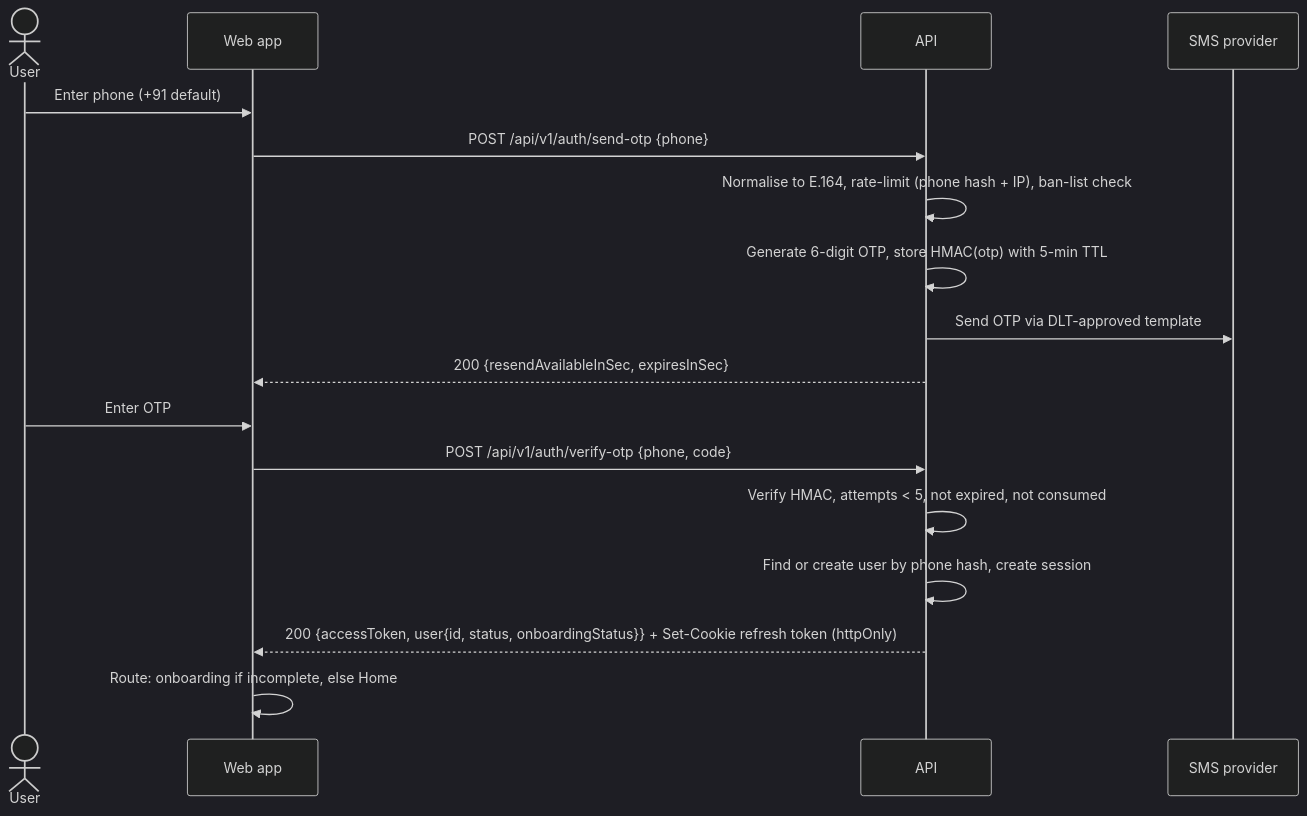
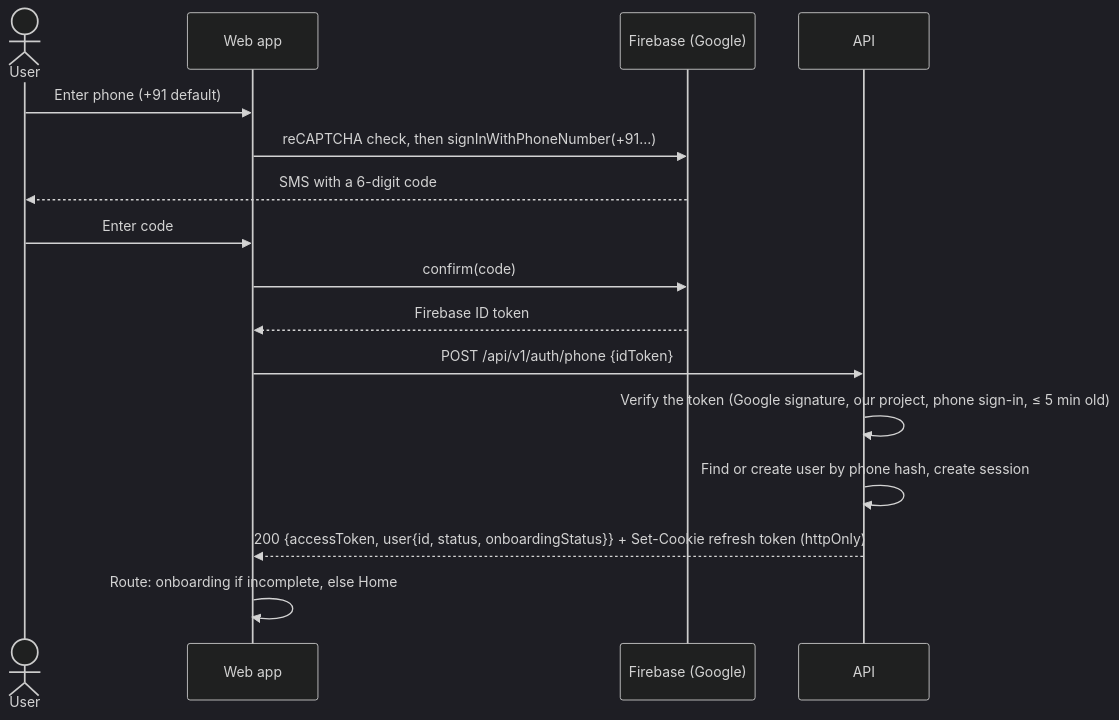
One commit to raviraja03/garba-partner changed the first of 4 diagrams in docs/product/user-flows.md. Above: the diagram before and after it, drawn with Mermaid (dark theme). The commit also changed other lines of this file and 77 other files, not shown here.

Commit message:
otp provider firebase authentication added

````diff
--- a/docs/product/user-flows.md
+++ b/docs/product/user-flows.md
@@ -56,19 +27,18 @@
 ```mermaid
 sequenceDiagram
     actor U as User
     participant W as Web app
+    participant F as Firebase (Google)
     participant A as API
-    participant S as SMS provider
     U->>W: Enter phone (+91 default)
-    W->>A: POST /api/v1/auth/send-otp {phone}
-    A->>A: Normalise to E.164, rate-limit (phone hash + IP), ban-list check
-    A->>A: Generate 6-digit OTP, store HMAC(otp) with 5-min TTL
-    A->>S: Send OTP via DLT-approved template
-    A-->>W: 200 {resendAvailableInSec, expiresInSec}
-    U->>W: Enter OTP
-    W->>A: POST /api/v1/auth/verify-otp {phone, code}
-    A->>A: Verify HMAC, attempts < 5, not expired, not consumed
+    W->>F: reCAPTCHA check, then signInWithPhoneNumber(+91…)
+    F-->>U: SMS with a 6-digit code
+    U->>W: Enter code
+    W->>F: confirm(code)
+    F-->>W: Firebase ID token
+    W->>A: POST /api/v1/auth/phone {idToken}
+    A->>A: Verify the token (Google signature, our project, phone sign-in, ≤ 5 min old)
     A->>A: Find or create user by phone hash, create session
     A-->>W: 200 {accessToken, user{id, status, onboardingStatus}} + Set-Cookie refresh token (httpOnly)
     W->>W: Route: onboarding if incomplete, else Home
 ```
````
